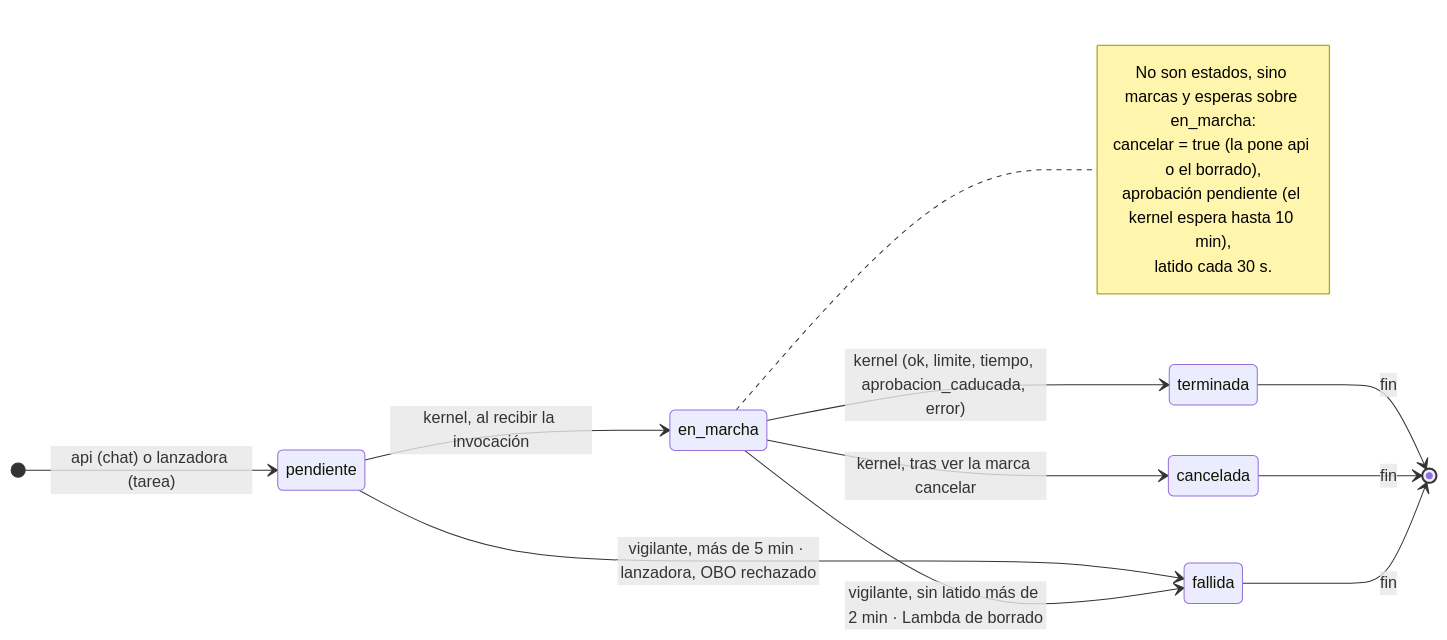
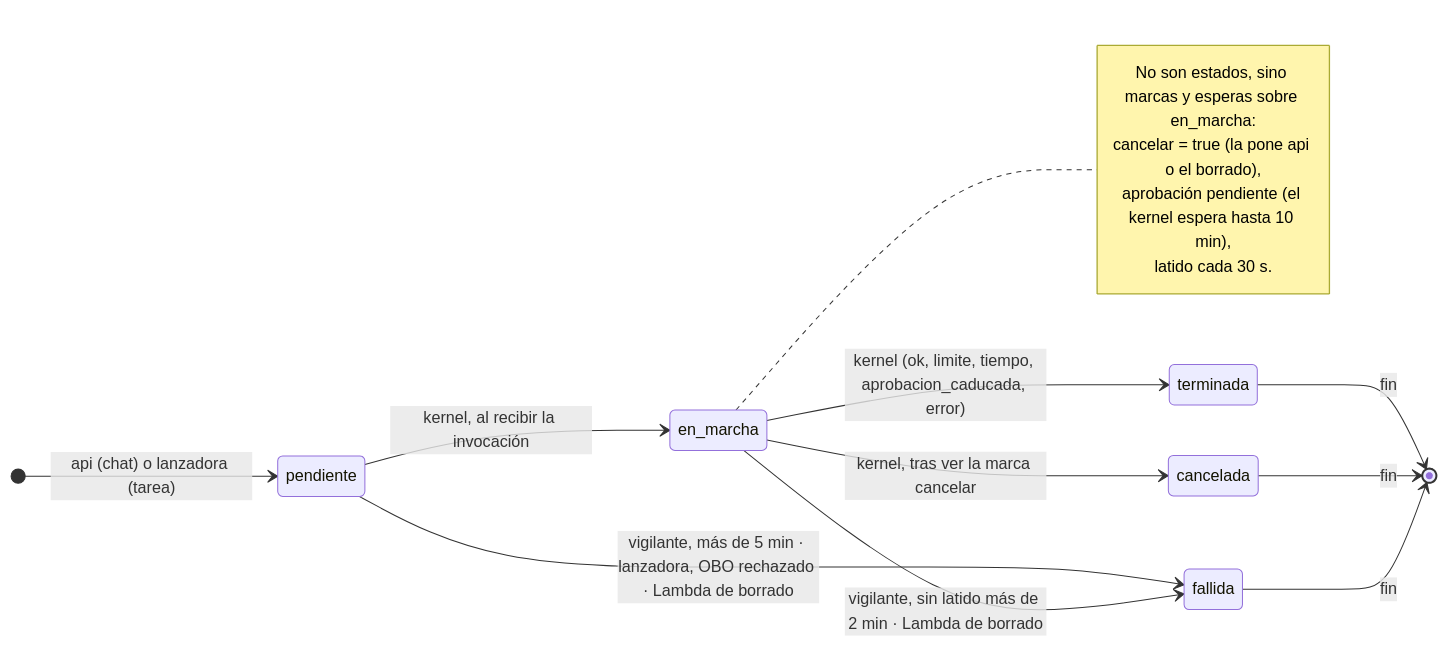
One commit to ikermendi/sample-agent-platform-with-agentcore changed the fourth of 9 diagrams in docs/arquitectura-agentes.md. Above: the diagram before and after it, drawn with Mermaid. The commit also changed other lines of this file, not shown here.

First line of the commit message:
docs: revisión de coherencia tras la Lambda de Streams, cerrar() y la Lambda de borrado

````diff
--- a/docs/arquitectura-agentes.md
+++ b/docs/arquitectura-agentes.md
@@ -527,19 +527,19 @@
 ```mermaid
 stateDiagram-v2
   direction LR
   [*] --> pendiente : api (chat) o lanzadora (tarea)
   pendiente --> en_marcha : kernel, al recibir la invocación
-  pendiente --> fallida : vigilante, más de 5 min · lanzadora, OBO rechazado
+  pendiente --> fallida : vigilante, más de 5 min · lanzadora, OBO rechazado · Lambda de borrado
   en_marcha --> terminada : kernel (ok, limite, tiempo, aprobacion_caducada, error)
   en_marcha --> cancelada : kernel, tras ver la marca cancelar
   en_marcha --> fallida : vigilante, sin latido más de 2 min · Lambda de borrado
   terminada --> [*] : fin
   cancelada --> [*] : fin
   fallida --> [*] : fin
   note right of en_marcha
     No son estados, sino marcas y esperas sobre en_marcha:
     cancelar = true (la pone api o el borrado),
     aprobación pendiente (el kernel espera hasta 10 min),
     latido cada 30 s.
   end note
 ```
````
